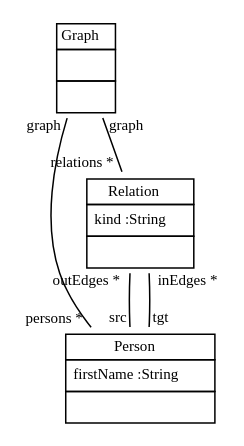
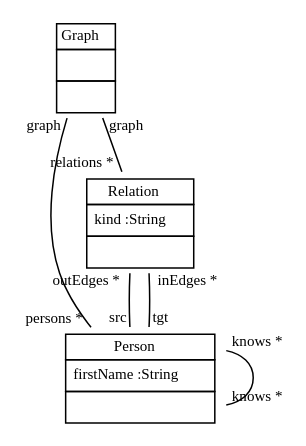
Before and after one commit to fujaba/SDMLib: the diagram in doc/BanfM2MTransformationClassDiagram2.dot, drawn with Graphviz. The commit also changed 135 other files, not shown here.

```diff
--- a/doc/BanfM2MTransformationClassDiagram2.dot
+++ b/doc/BanfM2MTransformationClassDiagram2.dot
@@ -1,17 +1,18 @@
 
  digraph ClassDiagram {
     node [shape = none, fontsize = 10]; 
     edge [fontsize = 10];
     
     
-    _Graph [label=<<table border='0' cellborder='1' cellspacing='0'> <tr> <td HREF="../examples/org/sdmlib/examples/m2m/Graph.java">Graph</td> </tr> <tr><td><table border='0' cellborder='0' cellspacing='0'> <tr><td> </td></tr> </table></td></tr> <tr><td><table border='0' cellborder='0' cellspacing='0'> <tr><td> </td></tr> </table></td></tr> </table>>];
-    _Person [label=<<table border='0' cellborder='1' cellspacing='0'> <tr> <td HREF="../examples/org/sdmlib/examples/m2m/Person.java">Person</td> </tr> <tr><td><table border='0' cellborder='0' cellspacing='0'> <tr><td align='left'>firstName :String</td></tr>  </table></td></tr> <tr><td><table border='0' cellborder='0' cellspacing='0'> <tr><td> </td></tr> </table></td></tr> </table>>];
-    _Relation [label=<<table border='0' cellborder='1' cellspacing='0'> <tr> <td HREF="../examples/org/sdmlib/examples/m2m/Relation.java">Relation</td> </tr> <tr><td><table border='0' cellborder='0' cellspacing='0'> <tr><td align='left'>kind :String</td></tr>  </table></td></tr> <tr><td><table border='0' cellborder='0' cellspacing='0'> <tr><td> </td></tr> </table></td></tr> </table>>];
+    _Graph [label=<<table border='0' cellborder='1' cellspacing='0'> <tr> <td HREF="../src/Graph.java">Graph</td> </tr> <tr><td><table border='0' cellborder='0' cellspacing='0'> <tr><td> </td></tr> </table></td></tr> <tr><td><table border='0' cellborder='0' cellspacing='0'> <tr><td> </td></tr> </table></td></tr> </table>>];
+    _Person [label=<<table border='0' cellborder='1' cellspacing='0'> <tr> <td HREF="../src/Person.java">Person</td> </tr> <tr><td><table border='0' cellborder='0' cellspacing='0'> <tr><td align='left'>firstName :String</td></tr>  </table></td></tr> <tr><td><table border='0' cellborder='0' cellspacing='0'> <tr><td> </td></tr> </table></td></tr> </table>>];
+    _Relation [label=<<table border='0' cellborder='1' cellspacing='0'> <tr> <td HREF="../src/Relation.java">Relation</td> </tr> <tr><td><table border='0' cellborder='0' cellspacing='0'> <tr><td align='left'>kind :String</td></tr>  </table></td></tr> <tr><td><table border='0' cellborder='0' cellspacing='0'> <tr><td> </td></tr> </table></td></tr> </table>>];
     
     
     
     _Graph -> _Person [headlabel = "persons *" taillabel = "graph" arrowhead = "none" ];
     _Graph -> _Relation [headlabel = "relations *" taillabel = "graph" arrowhead = "none" ];
     _Relation -> _Person [headlabel = "src" taillabel = "outEdges *" arrowhead = "none" ];
     _Relation -> _Person [headlabel = "tgt" taillabel = "inEdges *" arrowhead = "none" ];
+    _Person -> _Person [headlabel = "knows *" taillabel = "knows *" arrowhead = "none" ];
 }
```
